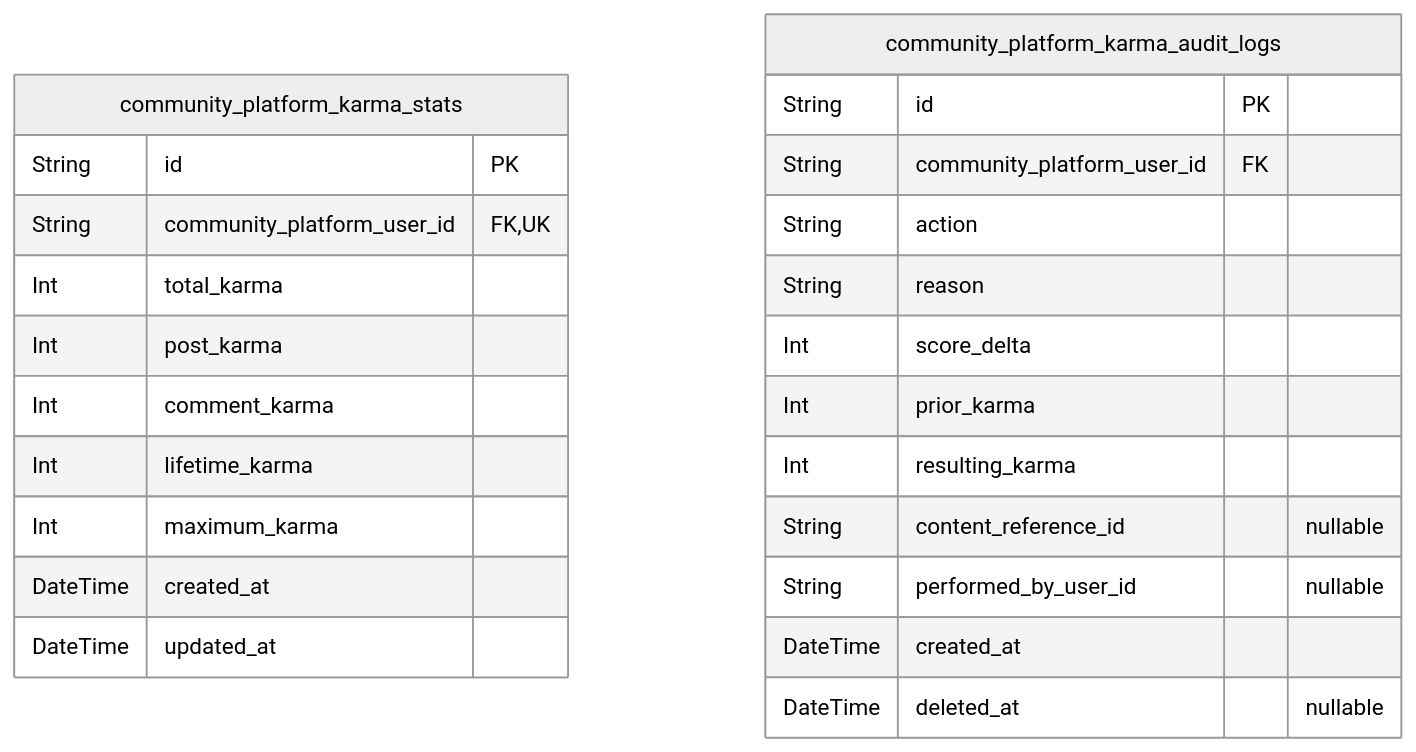
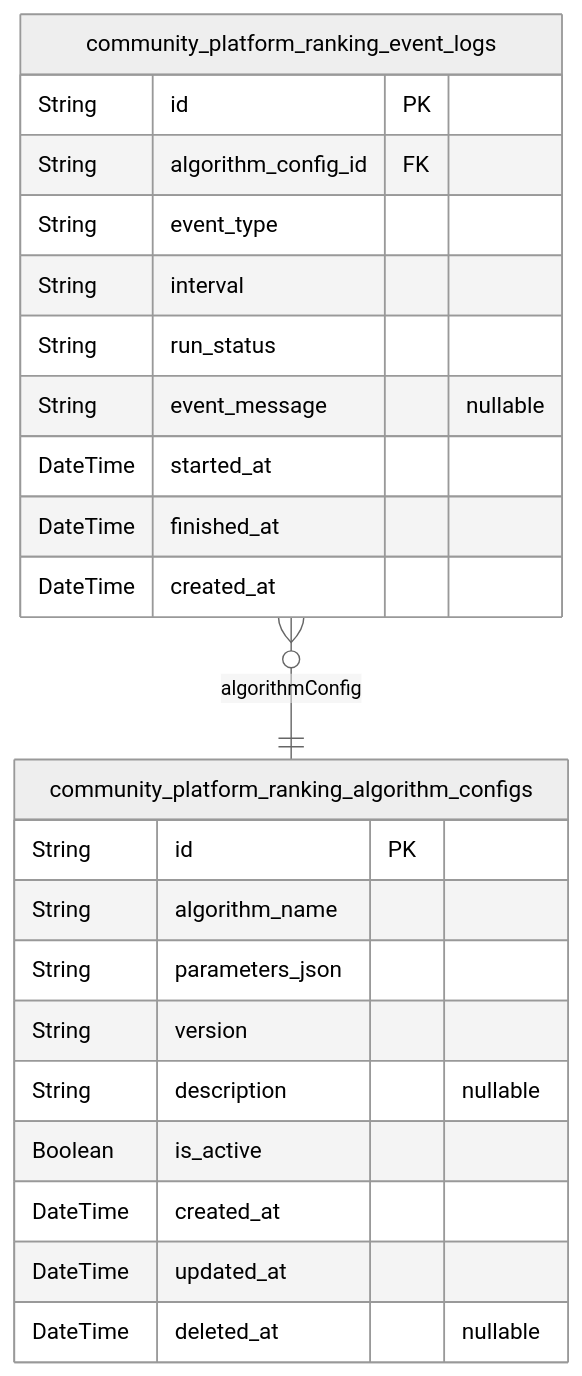
One commit to wrtnlabs/autobe-examples changed the tenth of 11 diagrams in openai/gpt-4.1/reddit/docs/ERD.md. Above: the diagram before and after it, drawn with Mermaid (neutral theme). The commit also changed other lines of this file and 22498 other files, not shown here.

````diff
--- a/openai/gpt-4.1/reddit/docs/ERD.md
+++ b/openai/gpt-4.1/reddit/docs/ERD.md
@@ -1184,27 +2014,26 @@
 ```mermaid
 erDiagram
-"community_platform_karma_stats" {
+"community_platform_ranking_algorithm_configs" {
   String id PK
-  String community_platform_user_id FK,UK
-  Int total_karma
-  Int post_karma
-  Int comment_karma
-  Int lifetime_karma
-  Int maximum_karma
+  String algorithm_name
+  String parameters_json
+  String version
+  String description "nullable"
+  Boolean is_active
   DateTime created_at
   DateTime updated_at
-}
-"community_platform_karma_audit_logs" {
-  String id PK
-  String community_platform_user_id FK
-  String action
-  String reason
-  Int score_delta
-  Int prior_karma
-  Int resulting_karma
-  String content_reference_id "nullable"
-  String performed_by_user_id "nullable"
-  DateTime created_at
   DateTime deleted_at "nullable"
 }
+"community_platform_ranking_event_logs" {
+  String id PK
+  String algorithm_config_id FK
+  String event_type
+  String interval
+  String run_status
+  String event_message "nullable"
+  DateTime started_at
+  DateTime finished_at
+  DateTime created_at
+}
+"community_platform_ranking_event_logs" }o--|| "community_platform_ranking_algorithm_configs" : algorithmConfig
 ```
````
